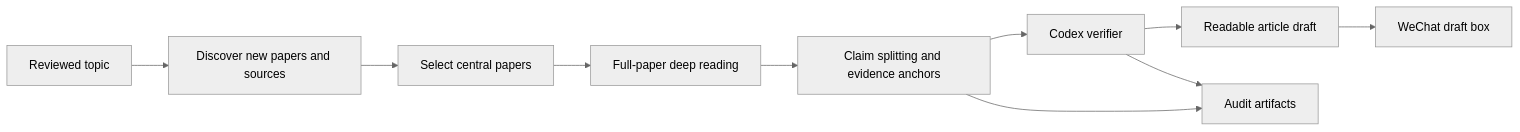
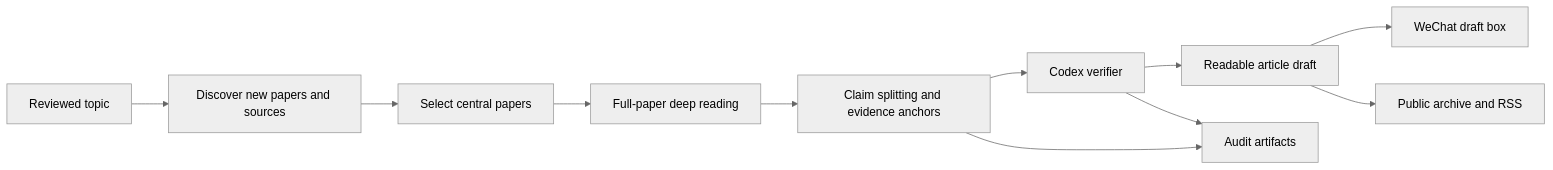
One commit to SleepyLGod/research-radar changed the diagram in README.md. Above: the diagram before and after it, drawn with Mermaid (neutral theme). The commit also changed other lines of this file and 3 other files, not shown here.

First line of the commit message:
[docs] Document public archive and RSS workflow

````diff
--- a/README.md
+++ b/README.md
@@ -26,12 +26,13 @@
 ```mermaid
 flowchart LR
     A["Reviewed topic"] --> B["Discover new papers and sources"]
     B --> C["Select central papers"]
     C --> D["Full-paper deep reading"]
     D --> E["Claim splitting and evidence anchors"]
     E --> F["Codex verifier"]
     F --> G["Readable article draft"]
     G --> H["WeChat draft box"]
+    G --> J["Public archive and RSS"]
     E --> I["Audit artifacts"]
     F --> I
 ```
````
